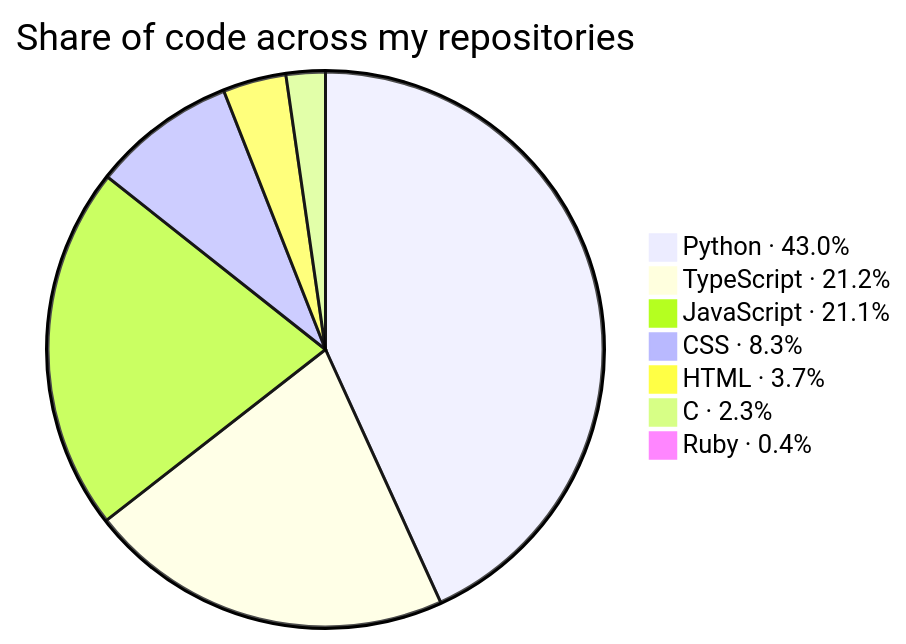
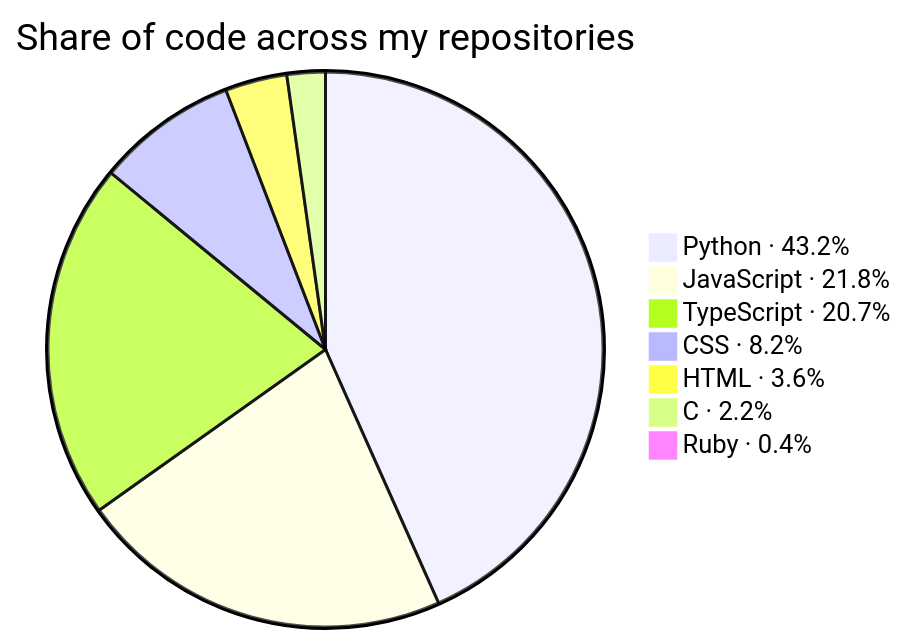
Before and after one commit to KathFK1234/KathFK1234: the second of 3 diagrams in README.md, drawn with Mermaid. The commit also changed other lines of this file and 7 other files, not shown here.

````diff
--- a/README.md
+++ b/README.md
@@ -109,11 +109,11 @@
 ```mermaid
 %%{init: {"themeVariables": {"pieSectionTextSize": "0px"}}}%%
 pie title Share of code across my repositories
-    "Python · 43.0%" : 1187.0
-    "TypeScript · 21.2%" : 584.2
-    "JavaScript · 21.1%" : 582.6
-    "CSS · 8.3%" : 230.2
-    "HTML · 3.7%" : 101.2
-    "C · 2.3%" : 62.7
+    "Python · 43.2%" : 1217.3
+    "JavaScript · 21.8%" : 613.9
+    "TypeScript · 20.7%" : 584.2
+    "CSS · 8.2%" : 230.5
+    "HTML · 3.6%" : 101.2
+    "C · 2.2%" : 62.7
     "Ruby · 0.4%" : 10.1
 ```
````
